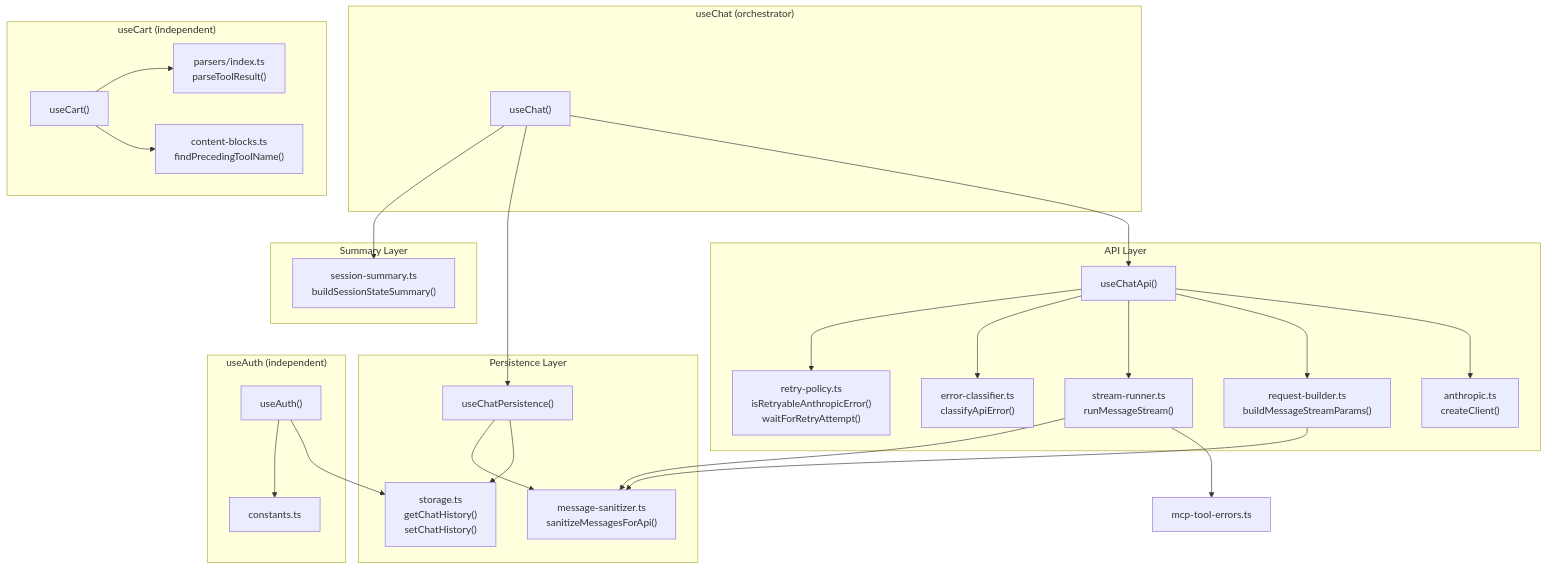
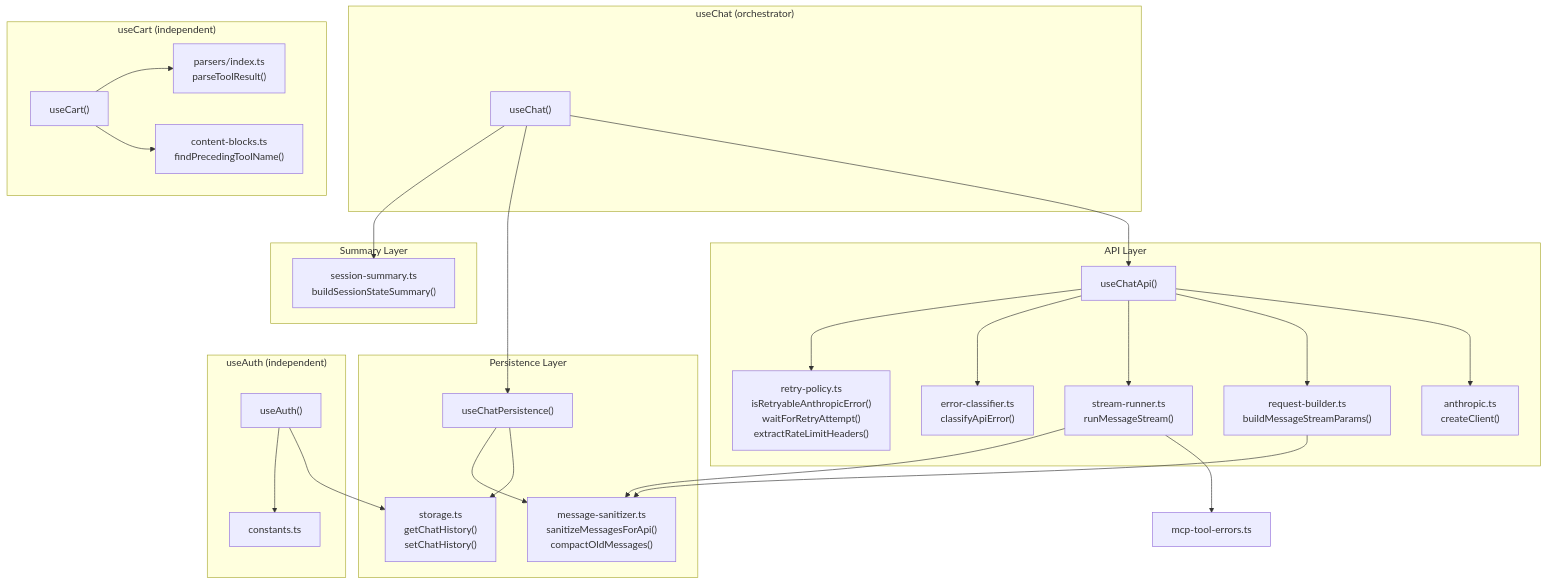
Before and after one commit to KartikeShukla/swiggy-mcp-demo: the second of 3 diagrams in docs/DEPENDENCY_GRAPH.md, drawn with Mermaid. The commit also changed 6 other files, not shown here.

````diff
--- a/docs/DEPENDENCY_GRAPH.md
+++ b/docs/DEPENDENCY_GRAPH.md
@@ -93,54 +93,54 @@
 ```mermaid
 graph TD
     subgraph "useChat (orchestrator)"
         useChat["useChat()"]
     end
 
     subgraph "API Layer"
         useChatApi["useChatApi()"]
         anthropicTs["anthropic.ts<br/>createClient()"]
         requestBuilder["request-builder.ts<br/>buildMessageStreamParams()"]
         streamRunner["stream-runner.ts<br/>runMessageStream()"]
         errorClassifier["error-classifier.ts<br/>classifyApiError()"]
-        retryPolicy["retry-policy.ts<br/>isRetryableAnthropicError()<br/>waitForRetryAttempt()"]
+        retryPolicy["retry-policy.ts<br/>isRetryableAnthropicError()<br/>waitForRetryAttempt()<br/>extractRateLimitHeaders()"]
     end
 
     subgraph "Persistence Layer"
         useChatPersistence["useChatPersistence()"]
         storageTs["storage.ts<br/>getChatHistory()<br/>setChatHistory()"]
-        messageSanitizer["message-sanitizer.ts<br/>sanitizeMessagesForApi()"]
+        messageSanitizer["message-sanitizer.ts<br/>sanitizeMessagesForApi()<br/>compactOldMessages()"]
     end
 
     subgraph "Summary Layer"
         sessionSummary["session-summary.ts<br/>buildSessionStateSummary()"]
     end
 
     useChat --> useChatApi
     useChat --> useChatPersistence
     useChat --> sessionSummary
 
     useChatApi --> anthropicTs
     useChatApi --> requestBuilder
     useChatApi --> streamRunner
     useChatApi --> errorClassifier
     useChatApi --> retryPolicy
 
     useChatPersistence --> storageTs
     useChatPersistence --> messageSanitizer
 
     streamRunner --> mcpToolErrors["mcp-tool-errors.ts"]
     streamRunner --> messageSanitizer
     requestBuilder --> messageSanitizer
 
     subgraph "useAuth (independent)"
         useAuth["useAuth()"]
         useAuth --> storageTs
         useAuth --> constants["constants.ts"]
     end
 
     subgraph "useCart (independent)"
         useCart["useCart()"]
         useCart --> parsersIndex["parsers/index.ts<br/>parseToolResult()"]
         useCart --> contentBlocks["content-blocks.ts<br/>findPrecedingToolName()"]
     end
 ```
````
